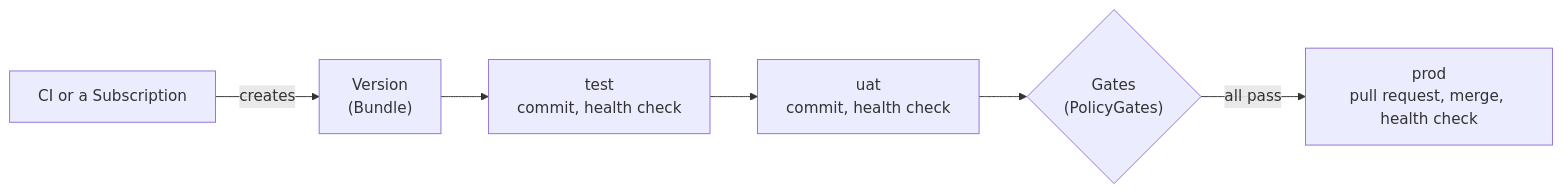
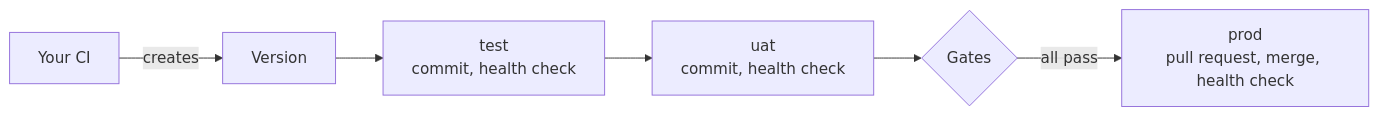
The diagram in docs/concepts.md (pnz1990/kardinal-promoter), drawn with Mermaid before and after one commit. The commit also changed other lines of this file and 13 other files, not shown here.

````diff
--- a/docs/concepts.md
+++ b/docs/concepts.md
@@ -7,8 +7,8 @@
 ```mermaid
 flowchart LR
-    CI["CI or a Subscription"] -->|creates| V["Version<br/>(Bundle)"]
+    CI["Your CI"] -->|creates| V["Version"]
     V --> test["test<br/>commit, health check"]
     test --> uat["uat<br/>commit, health check"]
-    uat --> G{"Gates<br/>(PolicyGates)"}
+    uat --> G{"Gates"}
     G -->|all pass| prod["prod<br/>pull request, merge, health check"]
 ```
````
